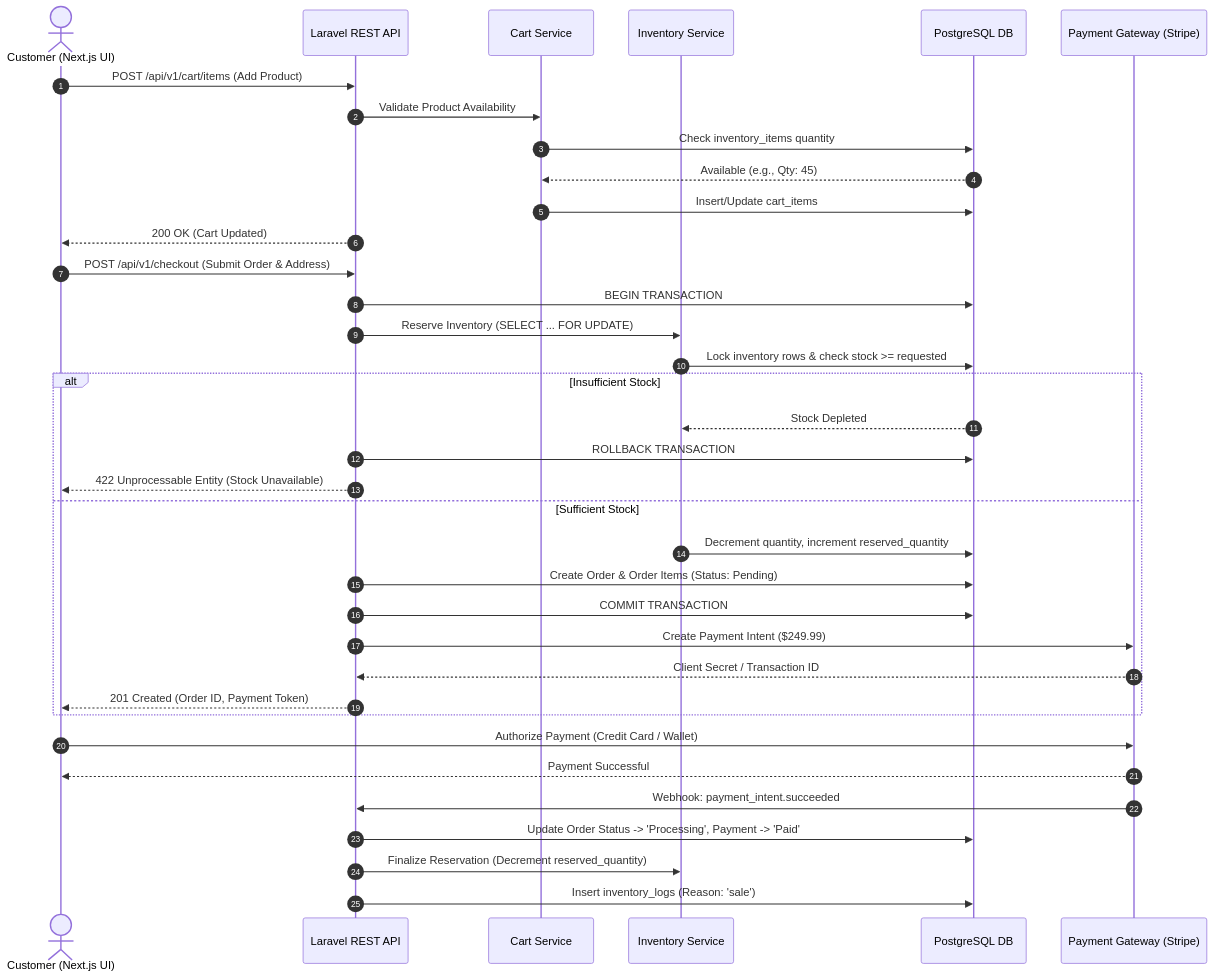
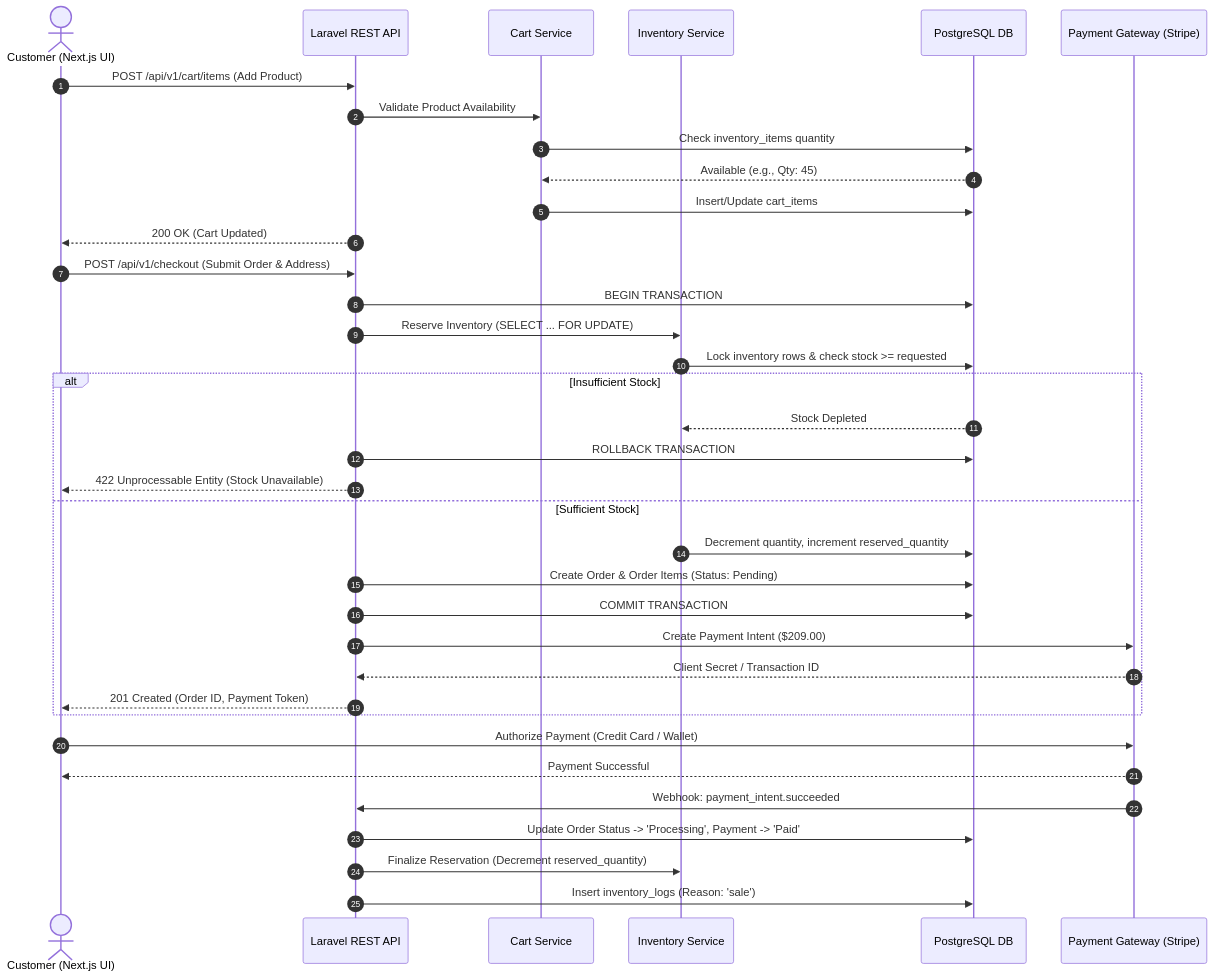
The second of 4 diagrams in PROJECT_DOCUMENTATION.md (Nishieeee/e-commerce-sample), drawn with Mermaid before and after one commit. The commit also changed other lines of this file and 54 other files, not shown here.

````diff
--- a/PROJECT_DOCUMENTATION.md
+++ b/PROJECT_DOCUMENTATION.md
@@ -131,41 +133,41 @@
 ```mermaid
 sequenceDiagram
     autonumber
     actor Customer as Customer (Next.js UI)
     participant API as Laravel REST API
     participant Cart as Cart Service
     participant Inv as Inventory Service
     participant DB as PostgreSQL DB
     participant Pay as Payment Gateway (Stripe)
 
     Customer->>API: POST /api/v1/cart/items (Add Product)
     API->>Cart: Validate Product Availability
     Cart->>DB: Check inventory_items quantity
     DB-->>Cart: Available (e.g., Qty: 45)
     Cart->>DB: Insert/Update cart_items
     API-->>Customer: 200 OK (Cart Updated)
 
     Customer->>API: POST /api/v1/checkout (Submit Order & Address)
     API->>DB: BEGIN TRANSACTION
     API->>Inv: Reserve Inventory (SELECT ... FOR UPDATE)
     Inv->>DB: Lock inventory rows & check stock >= requested
     alt Insufficient Stock
         DB-->>Inv: Stock Depleted
         API->>DB: ROLLBACK TRANSACTION
         API-->>Customer: 422 Unprocessable Entity (Stock Unavailable)
     else Sufficient Stock
         Inv->>DB: Decrement quantity, increment reserved_quantity
         API->>DB: Create Order & Order Items (Status: Pending)
         API->>DB: COMMIT TRANSACTION
-        API->>Pay: Create Payment Intent ($249.99)
+        API->>Pay: Create Payment Intent ($209.00)
         Pay-->>API: Client Secret / Transaction ID
         API-->>Customer: 201 Created (Order ID, Payment Token)
     end
 
     Customer->>Pay: Authorize Payment (Credit Card / Wallet)
     Pay-->>Customer: Payment Successful
     Pay->>API: Webhook: payment_intent.succeeded
     API->>DB: Update Order Status -> 'Processing', Payment -> 'Paid'
     API->>Inv: Finalize Reservation (Decrement reserved_quantity)
     API->>DB: Insert inventory_logs (Reason: 'sale')
 ```
````
